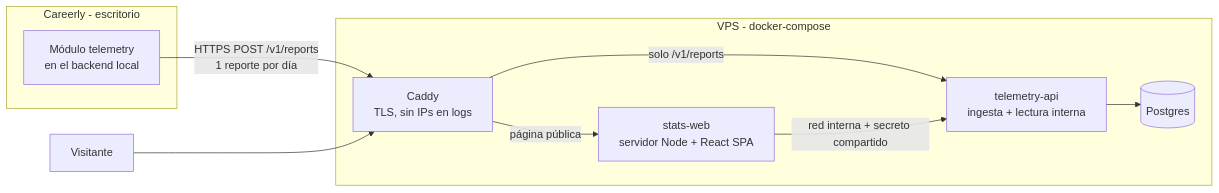
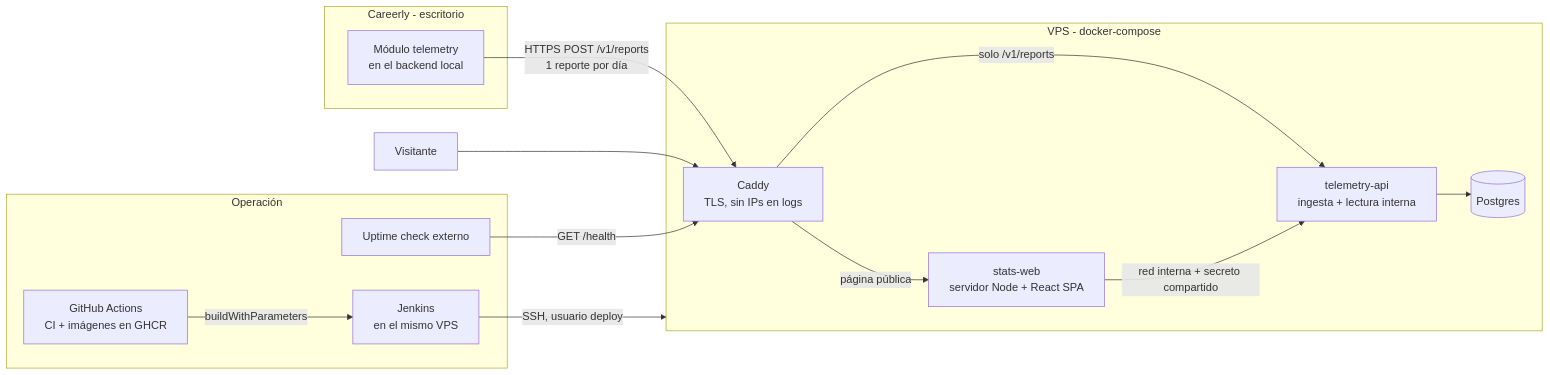
The fourth of 4 diagrams in ARCHITECTURE.md (BTRC-Solutions/careerly), drawn with Mermaid before and after one commit. The commit also changed other lines of this file and 2 other files, not shown here.

Commit message:
docs: add telemetry architecture overview and server observability

````diff
--- a/ARCHITECTURE.md
+++ b/ARCHITECTURE.md
@@ -716,18 +717,26 @@
 ```mermaid
 flowchart LR
     subgraph APP[Careerly - escritorio]
         TEL[Módulo telemetry<br/>en el backend local]
     end
     subgraph VPS[VPS - docker-compose]
         CADDY[Caddy<br/>TLS, sin IPs en logs]
         INGEST[telemetry-api<br/>ingesta + lectura interna]
         WEB[stats-web<br/>servidor Node + React SPA]
         PG[(Postgres)]
     end
     TEL -->|HTTPS POST /v1/reports<br/>1 reporte por día| CADDY
     CADDY -->|solo /v1/reports| INGEST
     CADDY -->|página pública| WEB
     WEB -->|red interna + secreto compartido| INGEST
     INGEST --> PG
     VISITANTE[Visitante] --> CADDY
+    subgraph OPS[Operación]
+        GHA[GitHub Actions<br/>CI + imágenes en GHCR]
+        JENKINS[Jenkins<br/>en el mismo VPS]
+        UPTIME[Uptime check externo]
+    end
+    GHA -->|buildWithParameters| JENKINS
+    JENKINS -->|SSH, usuario deploy| VPS
+    UPTIME -->|GET /health| CADDY
 ```
````
